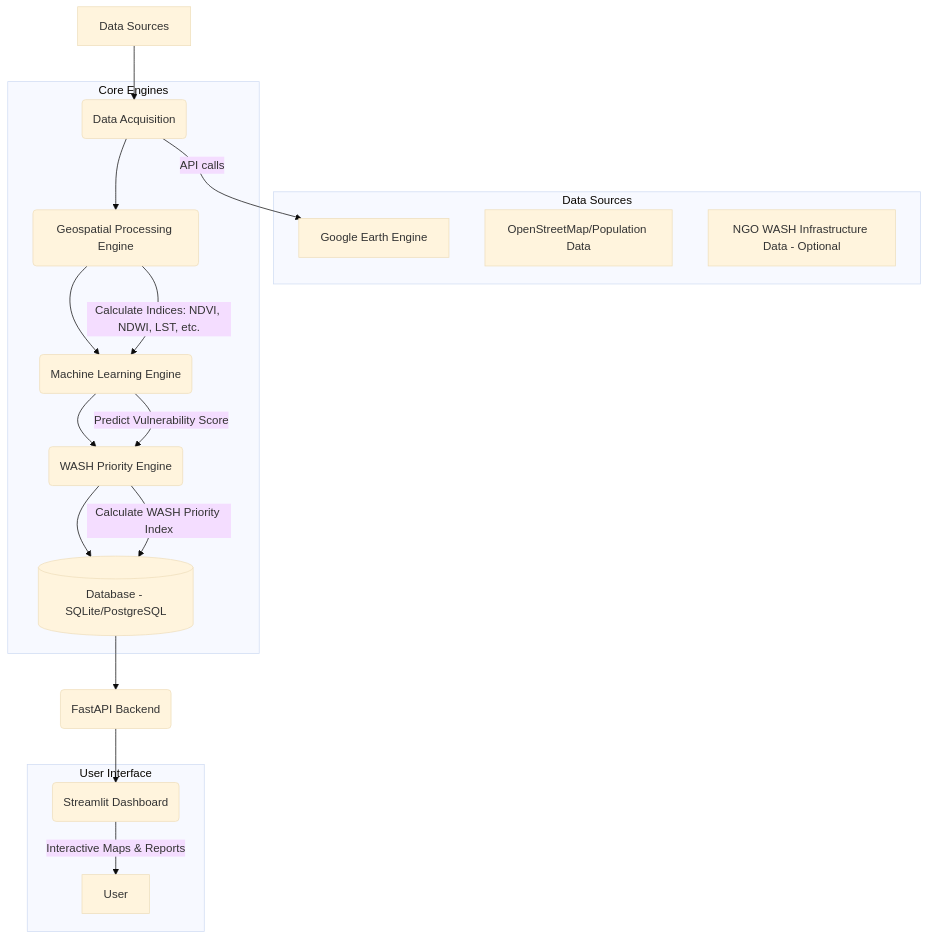
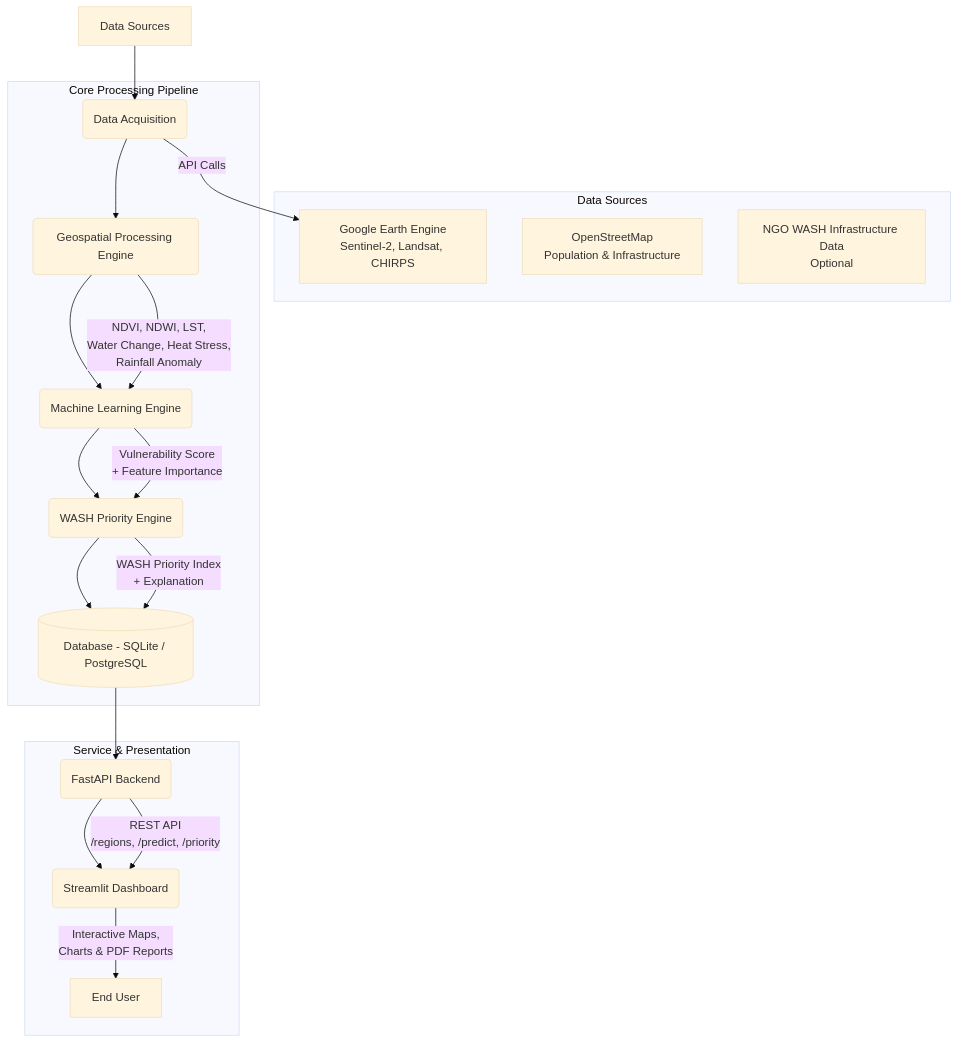
The first of 8 diagrams in docs/architecture.md (Adds14/AI-GEO-NGO), drawn with Mermaid (base theme) before and after one commit. The commit also changed other lines of this file and 10 other files, not shown here.

````diff
--- a/docs/architecture.md
+++ b/docs/architecture.md
@@ -31,27 +40,28 @@
 ```mermaid
 graph TD
     A[Data Sources] --> B(Data Acquisition)
     B --> C(Geospatial Processing Engine)
     C --> D(Machine Learning Engine)
     D --> E(WASH Priority Engine)
-    E --> F[(Database - SQLite/PostgreSQL)]
+    E --> F[(Database - SQLite / PostgreSQL)]
     F --> G(FastAPI Backend)
     G --> H(Streamlit Dashboard)
 
-    subgraph Data Sources
-    A1[Google Earth Engine]
-    A2[OpenStreetMap/Population Data]
-    A3[NGO WASH Infrastructure Data - Optional]
+    subgraph "Data Sources"
+        A1[Google Earth Engine<br/>Sentinel-2, Landsat, CHIRPS]
+        A2[OpenStreetMap<br/>Population & Infrastructure]
+        A3[NGO WASH Infrastructure Data<br/>Optional]
     end
 
-    subgraph Core Engines
-    B --> |API calls| A1
-    C --> |Calculate Indices: NDVI, NDWI, LST, etc.| D
-    D --> |Predict Vulnerability Score| E
-    E --> |Calculate WASH Priority Index| F
+    subgraph "Core Processing Pipeline"
+        B --> |"API Calls"| A1
+        C --> |"NDVI, NDWI, LST,<br/>Water Change, Heat Stress,<br/>Rainfall Anomaly"| D
+        D --> |"Vulnerability Score<br/>+ Feature Importance"| E
+        E --> |"WASH Priority Index<br/>+ Explanation"| F
     end
 
-    subgraph User Interface
-    H --> |Interactive Maps & Reports| User
+    subgraph "Service & Presentation"
+        G --> |"REST API<br/>/regions, /predict, /priority"| H
+        H --> |"Interactive Maps,<br/>Charts & PDF Reports"| User[End User]
     end
 ```
````
